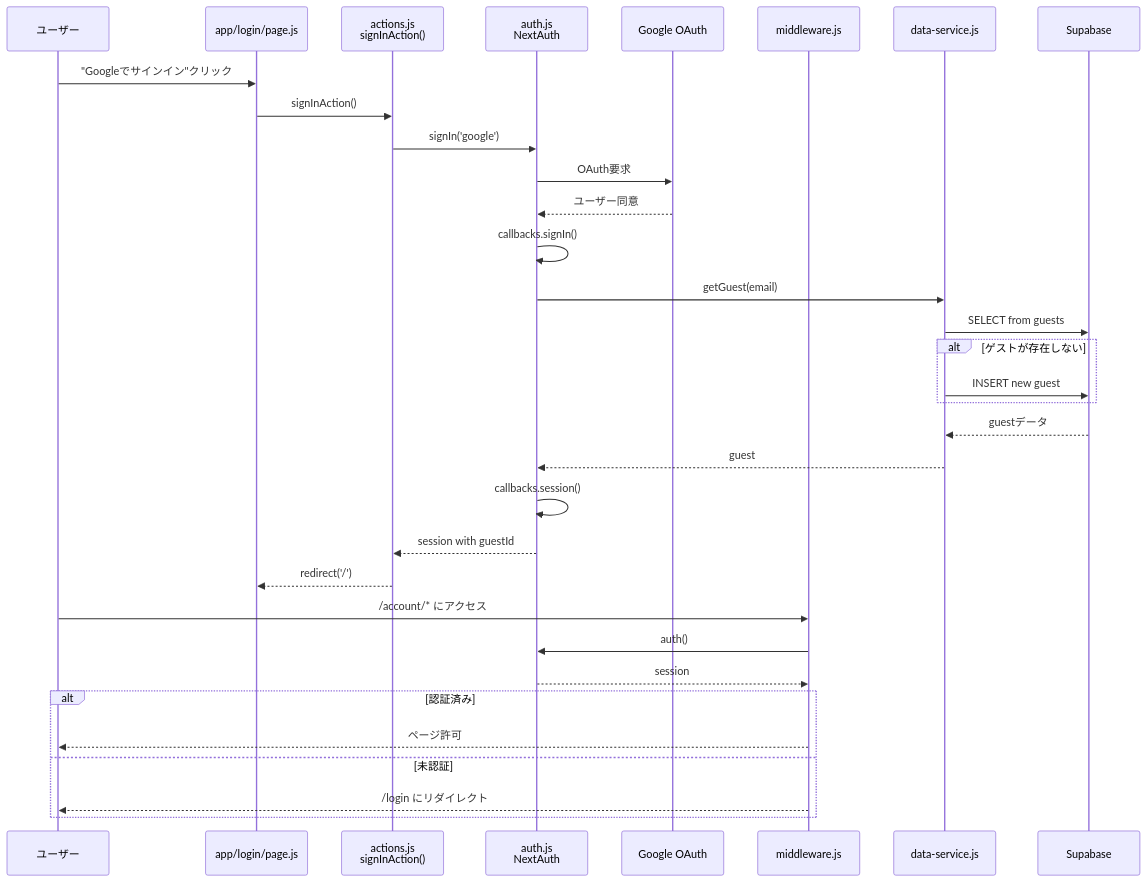
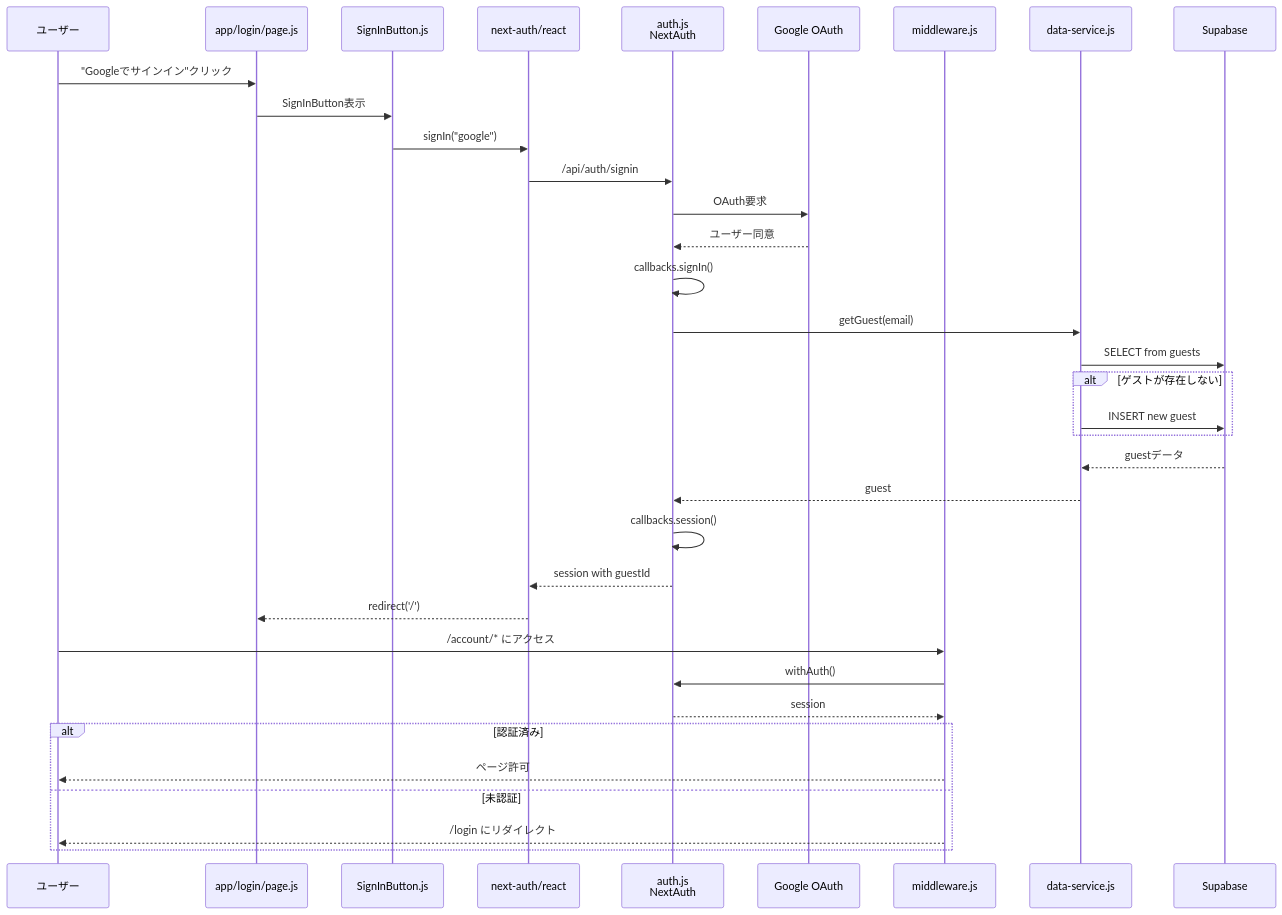
One commit to myoshi2891/MasterModernReact_NextJs changed the fifth of 5 diagrams in README.md. Above: the diagram before and after it, drawn with Mermaid. The commit also changed other lines of this file and 17 other files, not shown here.

````diff
--- a/README.md
+++ b/README.md
@@ -410,37 +410,39 @@
 ```mermaid
 sequenceDiagram
     participant U as ユーザー
     participant LP as app/login/page.js
-    participant SA as actions.js<br/>signInAction()
+    participant UI as SignInButton.js
+    participant NA as next-auth/react
     participant Auth as auth.js<br/>NextAuth
     participant Google as Google OAuth
     participant MW as middleware.js
     participant DS as data-service.js
     participant SB as Supabase
     
     U->>LP: "Googleでサインイン"クリック
-    LP->>SA: signInAction()
-    SA->>Auth: signIn('google')
+    LP->>UI: SignInButton表示
+    UI->>NA: signIn("google")
+    NA->>Auth: /api/auth/signin
     Auth->>Google: OAuth要求
     Google-->>Auth: ユーザー同意
     Auth->>Auth: callbacks.signIn()
     Auth->>DS: getGuest(email)
     DS->>SB: SELECT from guests
     alt ゲストが存在しない
         DS->>SB: INSERT new guest
     end
     SB-->>DS: guestデータ
     DS-->>Auth: guest
     Auth->>Auth: callbacks.session()
-    Auth-->>SA: session with guestId
-    SA-->>LP: redirect('/')
+    Auth-->>NA: session with guestId
+    NA-->>LP: redirect('/')
     
     U->>MW: /account/* にアクセス
-    MW->>Auth: auth()
+    MW->>Auth: withAuth()
     Auth-->>MW: session
     alt 認証済み
         MW-->>U: ページ許可
     else 未認証
         MW-->>U: /login にリダイレクト
     end
 ```
````
